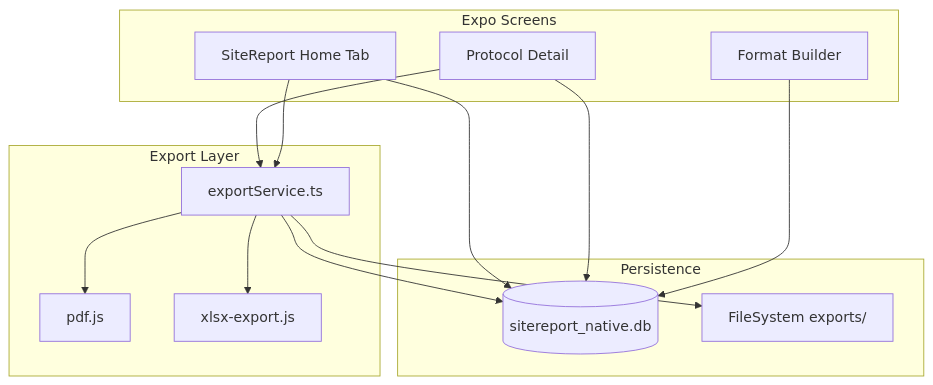
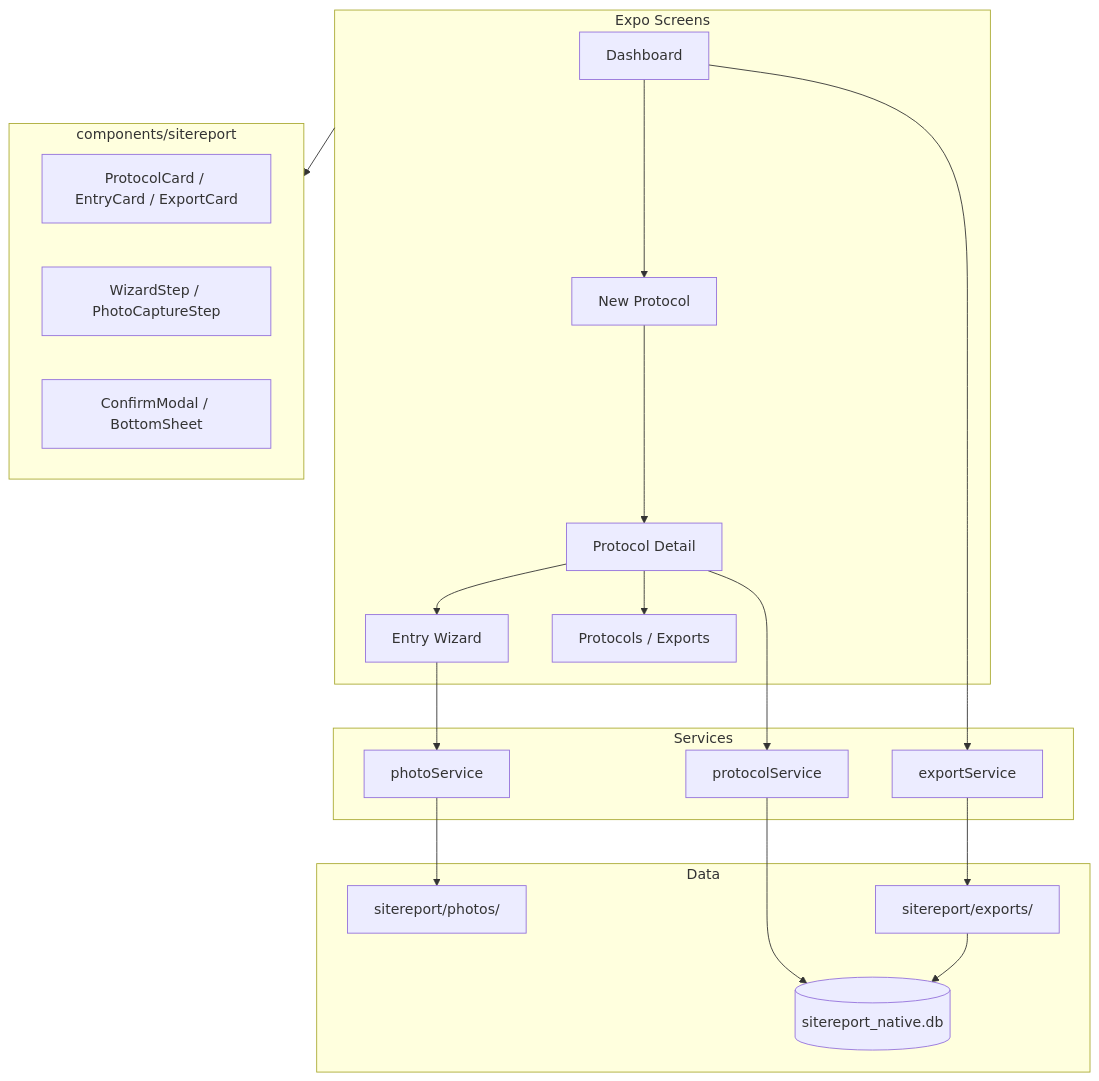
Before and after one commit to KCLK08/buew-toolbox: the diagram in SITEREPORT_IST_DOKUMENTATION.md, drawn with Mermaid. The commit also changed other lines of this file, not shown here.

First line of the commit message:
docs: SiteReport IST-Dokumentation auf aktuellen Expo-Stand aktualisiert

````diff
--- a/SITEREPORT_IST_DOKUMENTATION.md
+++ b/SITEREPORT_IST_DOKUMENTATION.md
@@ -941,29 +617,36 @@
 ```mermaid
 flowchart TB
   subgraph UI [Expo Screens]
-    Home[SiteReport Home Tab]
+    Dash[Dashboard]
+    New[New Protocol]
     Detail[Protocol Detail]
-    Format[Format Builder]
+    Wizard[Entry Wizard]
+    Lists[Protocols / Exports]
   end
 
-  subgraph Data [Persistence]
-    DB[(sitereport_native.db)]
-    FS[FileSystem exports/]
+  subgraph Components [components/sitereport]
+    Cards[ProtocolCard / EntryCard / ExportCard]
+    WizardUI[WizardStep / PhotoCaptureStep]
+    Modals[ConfirmModal / BottomSheet]
   end
 
-  subgraph Export [Export Layer]
-    ES[exportService.ts]
-    PDF[pdf.js]
-    XLSX[xlsx-export.js]
+  subgraph Services
+    PS[protocolService]
+    PhS[photoService]
+    ES[exportService]
   end
 
-  Home --> DB
-  Detail --> DB
-  Format --> DB
-  Detail --> ES
-  ES --> PDF
-  ES --> XLSX
-  ES --> FS
-  ES --> DB
-  Home --> ES
+  subgraph Data
+    DB[(sitereport_native.db)]
+    Photos[sitereport/photos/]
+    Exports[sitereport/exports/]
+  end
+
+  Dash --> New --> Detail --> Wizard
+  Detail --> Lists
+  UI --> Components
+  Wizard --> PhS --> Photos
+  Detail --> PS --> DB
+  ES --> Exports --> DB
+  Dash --> ES
 ```
````
